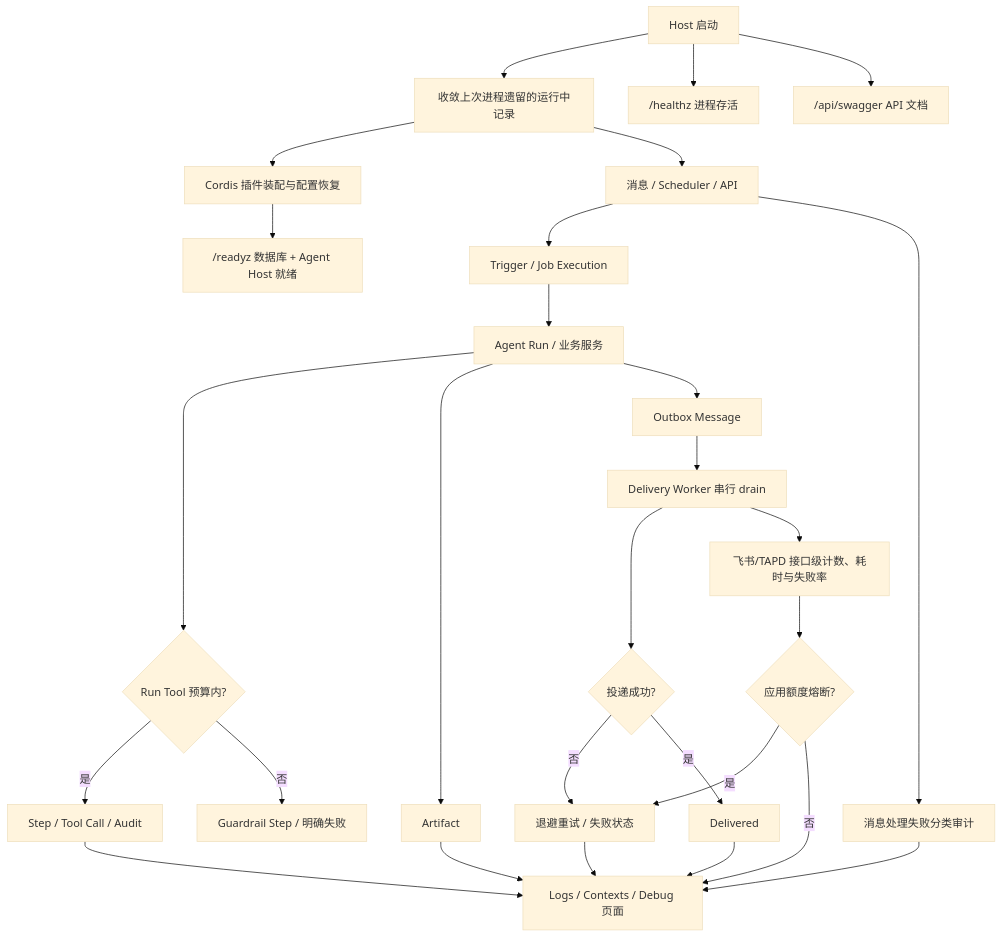
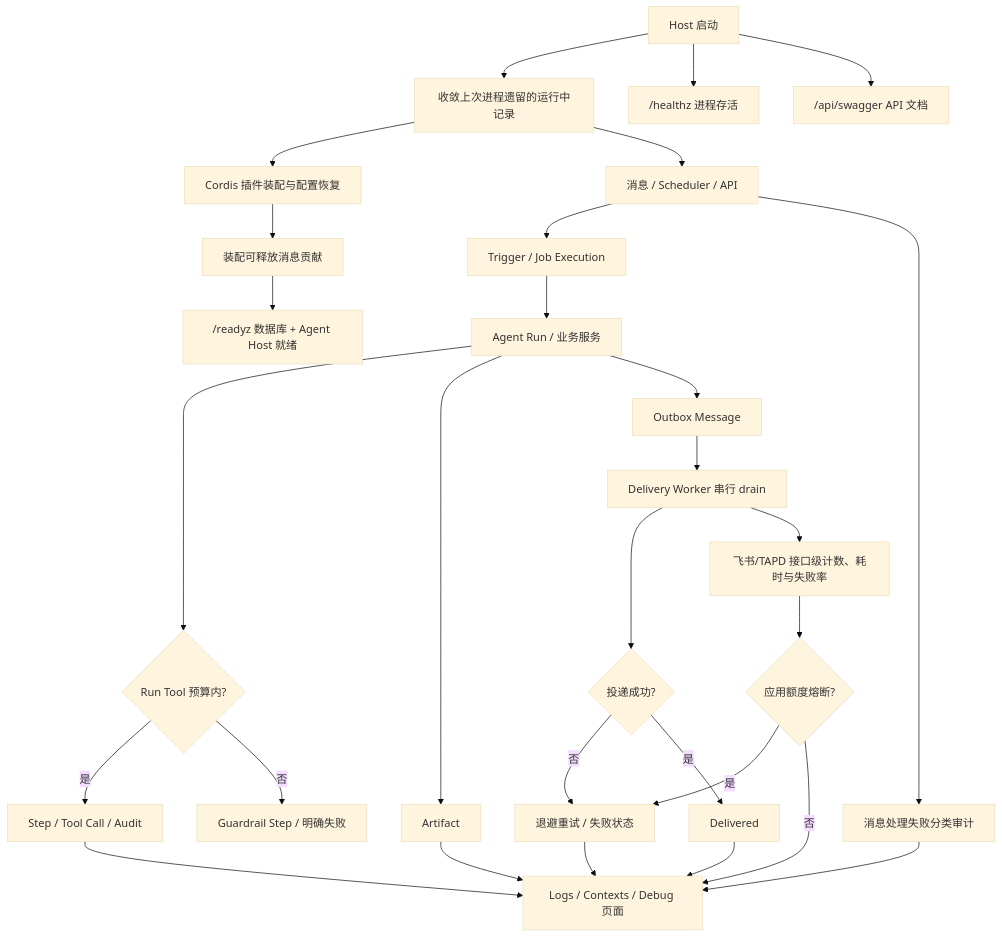
The diagram in backend/src/platform/runtime/FEATURE.md (KlayPeter/AI-Delivery-Ops-Agent), drawn with Mermaid (base theme) before and after one commit. The commit also changed other lines of this file and 39 other files, not shown here.

````diff
--- a/backend/src/platform/runtime/FEATURE.md
+++ b/backend/src/platform/runtime/FEATURE.md
@@ -21,30 +21,31 @@
 ```mermaid
 flowchart TD
     R["Host 启动"] --> S["收敛上次进程遗留的运行中记录"]
     R --> Q["/healthz 进程存活"]
     R --> OAPI["/api/swagger API 文档"]
     S --> P["Cordis 插件装配与配置恢复"]
-    P --> Z["/readyz 数据库 + Agent Host 就绪"]
+    P --> MR["装配可释放消息贡献"]
+    MR --> Z["/readyz 数据库 + Agent Host 就绪"]
     S --> A["消息 / Scheduler / API"]
     A --> B["Trigger / Job Execution"]
     B --> C["Agent Run / 业务服务"]
     C --> L{"Run Tool 预算内?"}
     L -- 是 --> D["Step / Tool Call / Audit"]
     L -- 否 --> M["Guardrail Step / 明确失败"]
     C --> E["Artifact"]
     C --> F["Outbox Message"]
     F --> G["Delivery Worker 串行 drain"]
     G --> H{"投递成功?"}
     H -- 否 --> I["退避重试 / 失败状态"]
     H -- 是 --> J["Delivered"]
     D --> K["Logs / Contexts / Debug 页面"]
     A --> X["消息处理失败分类审计"]
     X --> K
     E --> K
     I --> K
     J --> K
     G --> Y["飞书/TAPD 接口级计数、耗时与失败率"]
     Y --> Z1{"应用额度熔断?"}
     Z1 -- "是" --> I
     Z1 -- "否" --> K
 ```
````
